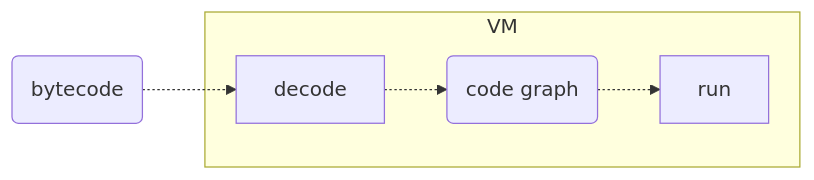
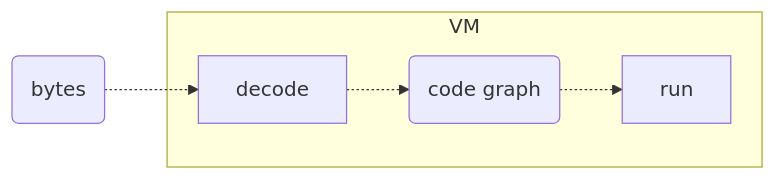
The diagram in slides/papers/stak-scheme/decode.mmd (raviqqe/doc), drawn with Mermaid before and after one commit. The commit also changed 1 other file, not shown here.

```diff
--- a/slides/papers/stak-scheme/decode.mmd
+++ b/slides/papers/stak-scheme/decode.mmd
@@ -1,6 +1,6 @@
 flowchart LR
-  d0(bytecode) -.-> decode
+  d0(bytes) -.-> decode
 
   subgraph VM
     decode:::blue -.-> d1(code graph) -.-> run
   end
```
